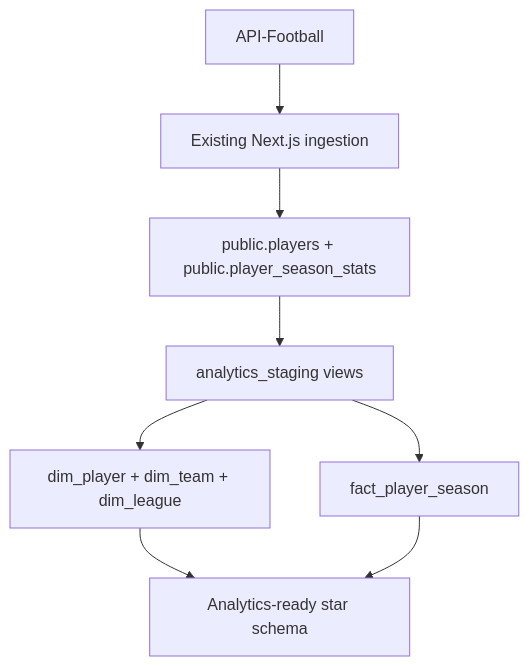
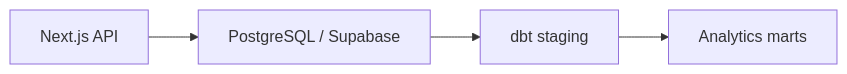
One commit to ChiCoTheLaAnh/QuickScoutFootball changed the diagram in README.md. Above: the diagram before and after it, drawn with Mermaid. The commit also changed other lines of this file, not shown here.

Commit message:
Refactor README for clarity and structure; update project overview and architecture diagrams

````diff
--- a/README.md
+++ b/README.md
@@ -18,10 +17,6 @@
 ```mermaid
-flowchart TD
-  provider[API-Football] --> ingestion[Existing Next.js ingestion]
-  ingestion --> sources["public.players + public.player_season_stats"]
-  sources --> staging[analytics_staging views]
-  staging --> dimensions["dim_player + dim_team + dim_league"]
-  staging --> fact[fact_player_season]
-  dimensions --> star[Analytics-ready star schema]
-  fact --> star
+flowchart LR
+  api[Next.js API] --> database[PostgreSQL / Supabase]
+  database --> staging[dbt staging]
+  staging --> marts[Analytics marts]
 ```
````
